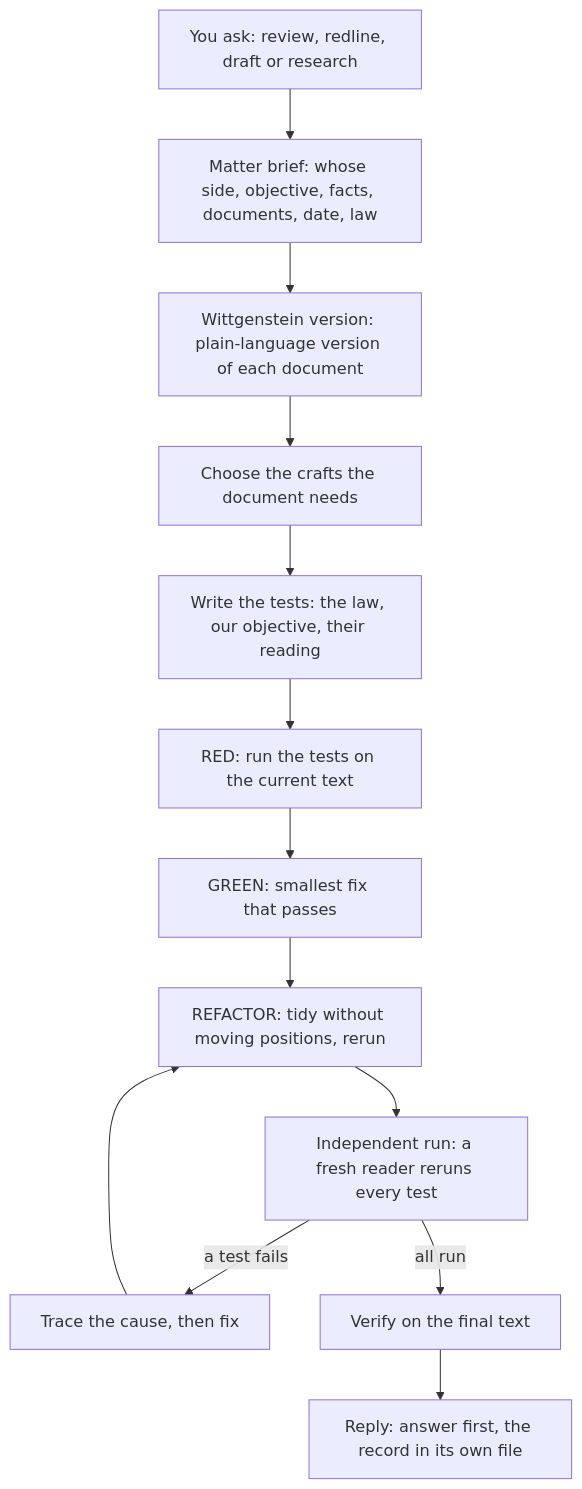
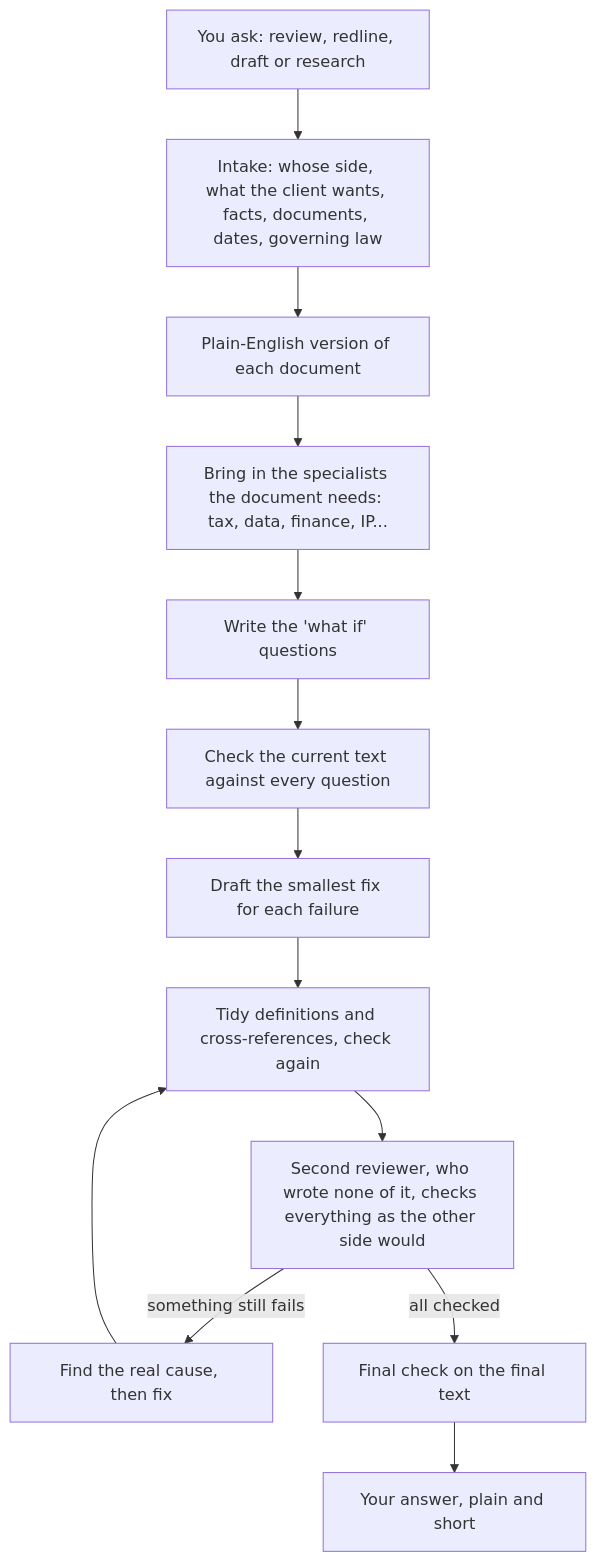
The diagram in README.md (vivekgoquest/legal-superpowers), drawn with Mermaid before and after one commit. The commit also changed other lines of this file and 1 other file, not shown here.

First line of the commit message:
docs: write the README for lawyers; move technical setup to SETUP.md

````diff
--- a/README.md
+++ b/README.md
@@ -175,15 +63,15 @@
 ```mermaid
 flowchart TD
-    A[You ask: review, redline, draft or research] --> B[Matter brief: whose side, objective, facts, documents, date, law]
-    B --> C[Wittgenstein version: plain-language version of each document]
-    C --> D[Choose the crafts the document needs]
-    D --> E[Write the tests: the law, our objective, their reading]
-    E --> F[RED: run the tests on the current text]
-    F --> G[GREEN: smallest fix that passes]
-    G --> H[REFACTOR: tidy without moving positions, rerun]
-    H --> I[Independent run: a fresh reader reruns every test]
-    I -->|a test fails| J[Trace the cause, then fix]
+    A["You ask: review, redline, draft or research"] --> B["Intake: whose side, what the client wants, facts, documents, dates, governing law"]
+    B --> C["Plain-English version of each document"]
+    C --> D["Bring in the specialists the document needs: tax, data, finance, IP..."]
+    D --> E["Write the 'what if' questions"]
+    E --> F["Check the current text against every question"]
+    F --> G["Draft the smallest fix for each failure"]
+    G --> H["Tidy definitions and cross-references, check again"]
+    H --> I["Second reviewer, who wrote none of it, checks everything as the other side would"]
+    I -->|"something still fails"| J["Find the real cause, then fix"]
     J --> H
-    I -->|all run| K[Verify on the final text]
-    K --> L[Reply: answer first, the record in its own file]
+    I -->|"all checked"| K["Final check on the final text"]
+    K --> L["Your answer, plain and short"]
 ```
````
